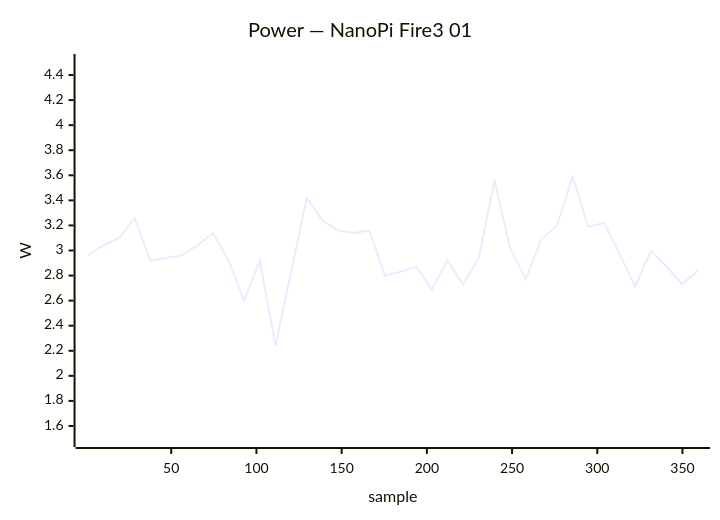
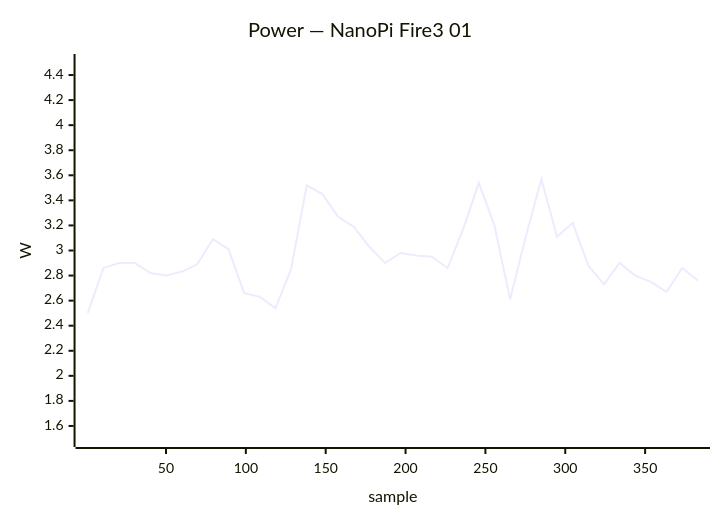
Before and after one commit to armbian/documentation: diagram 19 of 39 in docs/status/board-tests.md, drawn with Mermaid. The commit also changed other lines of this file, not shown here.

````diff
--- a/docs/status/board-tests.md
+++ b/docs/status/board-tests.md
@@ -868,7 +844,7 @@
 ```mermaid
 xychart-beta
     title "Power — NanoPi Fire3 01"
-    x-axis "sample" 1 --> 359
+    x-axis "sample" 1 --> 383
     y-axis "W" 1.5 --> 4.5
-    line [2.96, 3.04, 3.10, 3.26, 2.92, 2.94, 2.96, 3.04, 3.14, 2.92, 2.60, 2.92, 2.24, 2.83, 3.42, 3.24, 3.16, 3.14, 3.16, 2.80, 2.83, 2.87, 2.69, 2.92, 2.73, 2.94, 3.56, 3.02, 2.77, 3.09, 3.20, 3.59, 3.19, 3.22, 2.97, 2.71, 3.00, 2.87, 2.73, 2.84]
+    line [2.50, 2.86, 2.90, 2.90, 2.82, 2.80, 2.83, 2.89, 3.09, 3.01, 2.66, 2.63, 2.54, 2.85, 3.52, 3.45, 3.27, 3.19, 3.03, 2.90, 2.98, 2.96, 2.95, 2.86, 3.17, 3.54, 3.20, 2.61, 3.11, 3.57, 3.11, 3.22, 2.88, 2.73, 2.90, 2.80, 2.75, 2.67, 2.86, 2.76]
 ```
````
